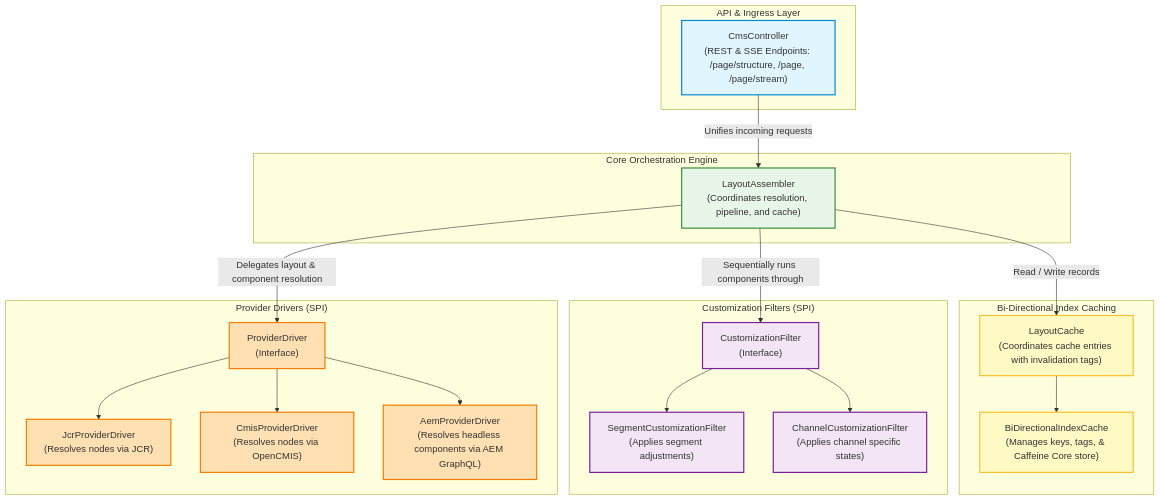
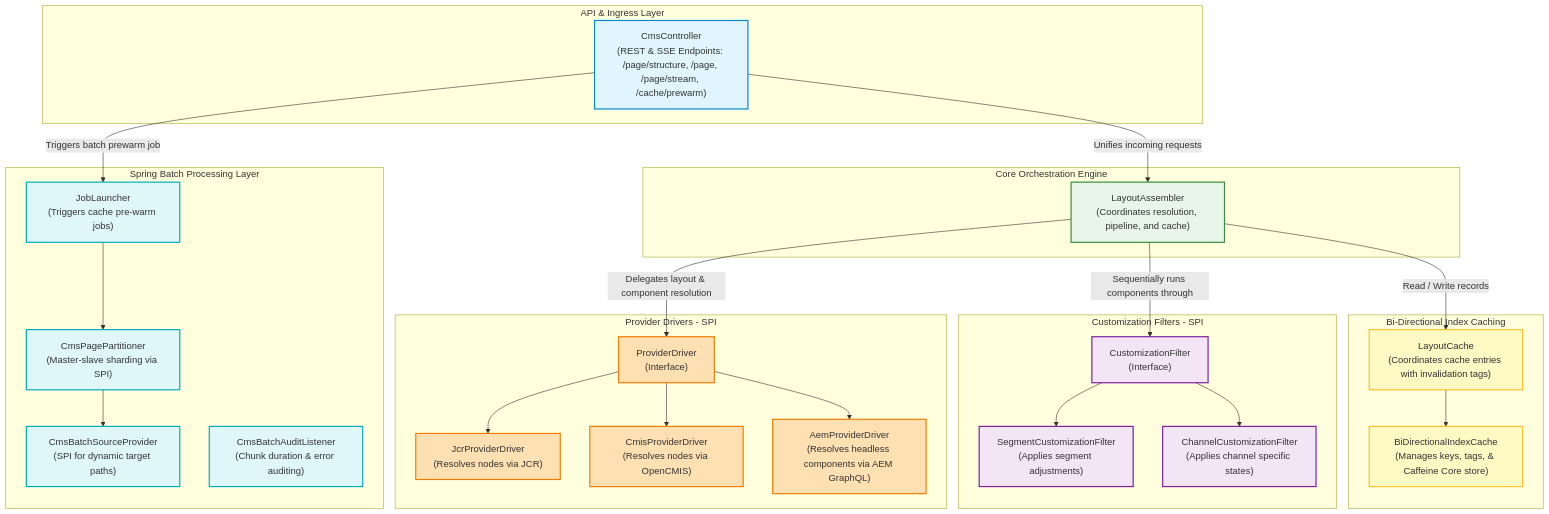
One commit to marco-ruiz/cms-mesh changed the first of 4 diagrams in README.md. Above: the diagram before and after it, drawn with Mermaid. The commit also changed other lines of this file and 17 other files, not shown here.

Commit message:
Spring Batch cache pre-warming pipeline with partition sharding and REST trigger

````diff
--- a/README.md
+++ b/README.md
@@ -20,55 +21,68 @@
 ```mermaid
 graph TD
     %% Styling definitions
     classDef api fill:#e1f5fe,stroke:#0288d1,stroke-width:2px;
     classDef engine fill:#e8f5e9,stroke:#388e3c,stroke-width:2px;
     classDef cache fill:#fff9c4,stroke:#fbc02d,stroke-width:2px;
     classDef spi fill:#f3e5f5,stroke:#7b1fa2,stroke-width:2px;
     classDef provider fill:#ffe0b2,stroke:#f57c00,stroke-width:2px;
+    classDef batch fill:#e0f7fa,stroke:#00acc1,stroke-width:2px;
 
     subgraph API_Layer [API & Ingress Layer]
-        CmsController["CmsController<br/>(REST & SSE Endpoints: /page/structure, /page, /page/stream)"]
+        CmsController["CmsController<br/>(REST & SSE Endpoints: /page/structure, /page, /page/stream, /cache/prewarm)"]
     end
     class CmsController api;
 
     subgraph Core_Engine [Core Orchestration Engine]
         LayoutAssembler["LayoutAssembler<br/>(Coordinates resolution, pipeline, and cache)"]
     end
     class LayoutAssembler engine;
 
     subgraph Cache_Layer [Bi-Directional Index Caching]
         LayoutCache["LayoutCache<br/>(Coordinates cache entries with invalidation tags)"]
         BiDirectionalCache["BiDirectionalIndexCache<br/>(Manages keys, tags, & Caffeine Core store)"]
         
         LayoutCache --> BiDirectionalCache
     end
     class LayoutCache,BiDirectionalCache cache;
 
-    subgraph Targeting_Pipeline ["Customization Filters (SPI)"]
+    subgraph Batch_Infrastructure [Spring Batch Processing Layer]
+        JobLauncher["JobLauncher<br/>(Triggers cache pre-warm jobs)"]
+        Partitioner["CmsPagePartitioner<br/>(Master-slave sharding via SPI)"]
+        SourceProvider["CmsBatchSourceProvider<br/>(SPI for dynamic target paths)"]
+        AuditListener["CmsBatchAuditListener<br/>(Chunk duration & error auditing)"]
+
+        JobLauncher --> Partitioner
+        Partitioner --> SourceProvider
+    end
+    class JobLauncher,Partitioner,SourceProvider,AuditListener batch;
+
+    subgraph Targeting_Pipeline [Customization Filters - SPI]
         CustomizationFilter["CustomizationFilter<br/>(Interface)"]
         SegmentFilter["SegmentCustomizationFilter<br/>(Applies segment adjustments)"]
         ChannelFilter["ChannelCustomizationFilter<br/>(Applies channel specific states)"]
 
         CustomizationFilter --> SegmentFilter
         CustomizationFilter --> ChannelFilter
     end
     class CustomizationFilter,SegmentFilter,ChannelFilter spi;
 
-    subgraph Content_Providers ["Provider Drivers (SPI)"]
+    subgraph Content_Providers [Provider Drivers - SPI]
         ProviderDriver["ProviderDriver<br/>(Interface)"]
         JcrProvider["JcrProviderDriver<br/>(Resolves nodes via JCR)"]
         CmisProvider["CmisProviderDriver<br/>(Resolves nodes via OpenCMIS)"]
         AemProvider["AemProviderDriver<br/>(Resolves headless components via AEM GraphQL)"]
 
         ProviderDriver --> JcrProvider
         ProviderDriver --> CmisProvider
         ProviderDriver --> AemProvider
     end
     class ProviderDriver,JcrProvider,CmisProvider,AemProvider provider;
 
     %% Dependencies
     CmsController -->|Unifies incoming requests| LayoutAssembler
+    CmsController -->|Triggers batch prewarm job| JobLauncher
     LayoutAssembler -->|Read / Write records| LayoutCache
     LayoutAssembler -->|Sequentially runs components through| CustomizationFilter
     LayoutAssembler -->|Delegates layout & component resolution| ProviderDriver
 ```
````
